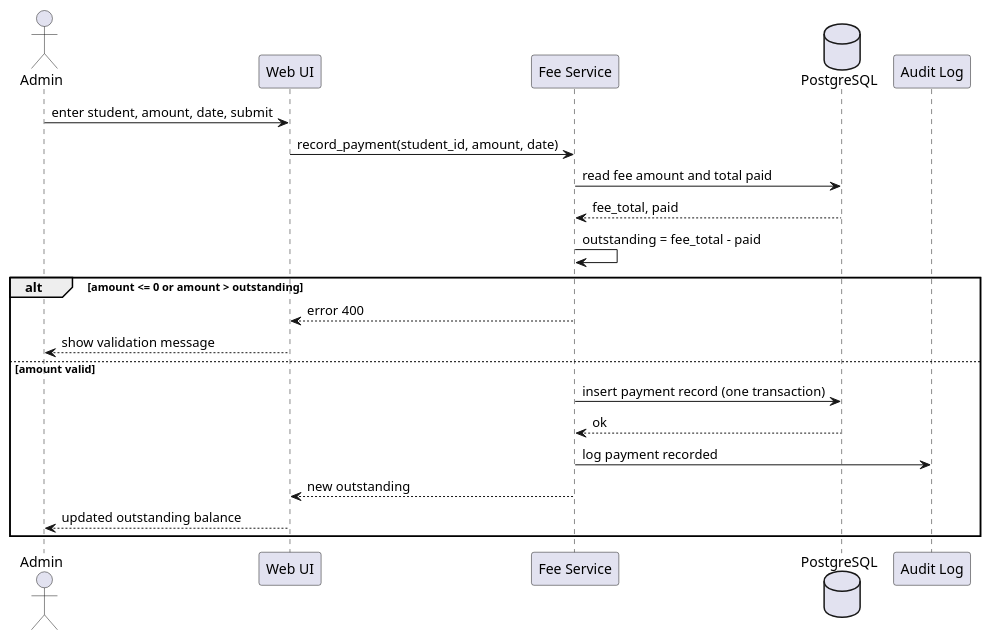
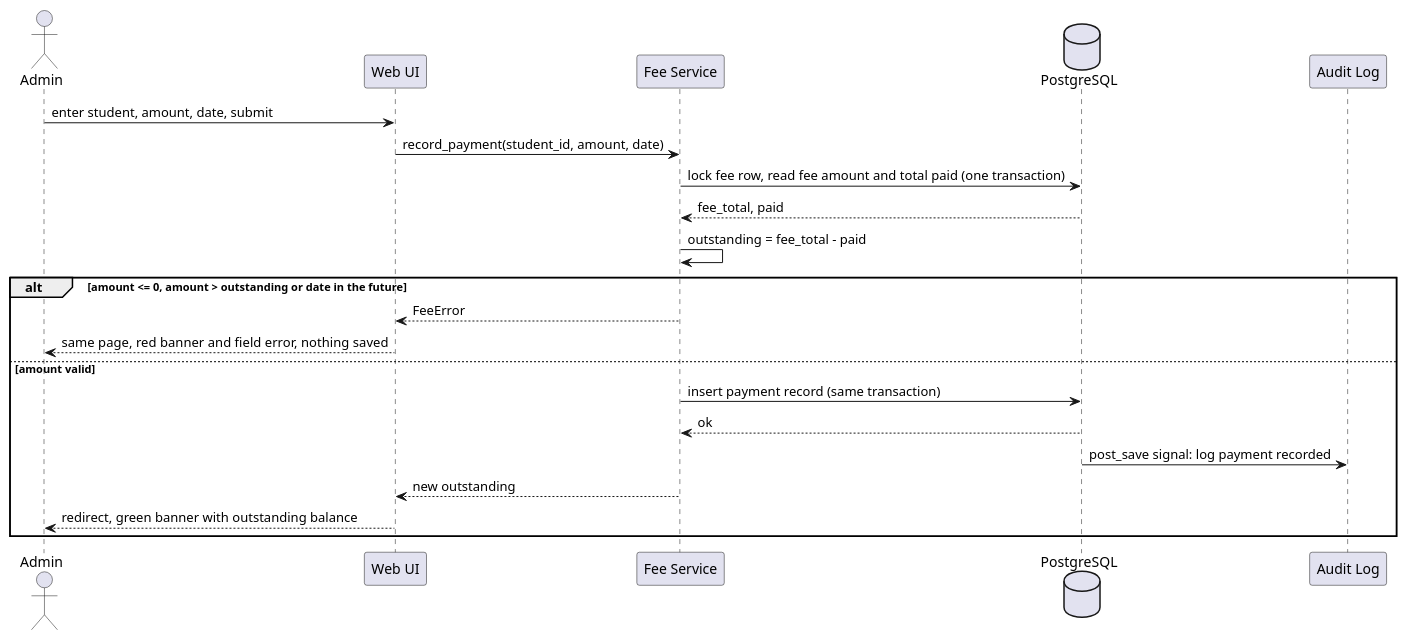
Before and after one commit to Hostel-Management-System-PES/SE-Jackfruit-Hostel-Management-System: the diagram in docs/diagrams/seq_record_payment.puml, drawn with PlantUML. The commit also changed 10 other files, not shown here.

Commit message:
Docs: final SRS, SAD and STP after Sprint 2, with updated diagrams

```diff
--- a/docs/diagrams/seq_record_payment.puml
+++ b/docs/diagrams/seq_record_payment.puml
@@ -1,22 +1,22 @@
 @startuml
 actor Admin
 participant "Web UI" as UI
 participant "Fee Service" as FEE
 database "PostgreSQL" as DB
 participant "Audit Log" as LOG
 Admin -> UI: enter student, amount, date, submit
 UI -> FEE: record_payment(student_id, amount, date)
-FEE -> DB: read fee amount and total paid
+FEE -> DB: lock fee row, read fee amount and total paid (one transaction)
 DB --> FEE: fee_total, paid
 FEE -> FEE: outstanding = fee_total - paid
-alt amount <= 0 or amount > outstanding
-  FEE --> UI: error 400
-  UI --> Admin: show validation message
+alt amount <= 0, amount > outstanding or date in the future
+  FEE --> UI: FeeError
+  UI --> Admin: same page, red banner and field error, nothing saved
 else amount valid
-  FEE -> DB: insert payment record (one transaction)
+  FEE -> DB: insert payment record (same transaction)
   DB --> FEE: ok
-  FEE -> LOG: log payment recorded
+  DB -> LOG: post_save signal: log payment recorded
   FEE --> UI: new outstanding
-  UI --> Admin: updated outstanding balance
+  UI --> Admin: redirect, green banner with outstanding balance
 end
 @enduml
```
